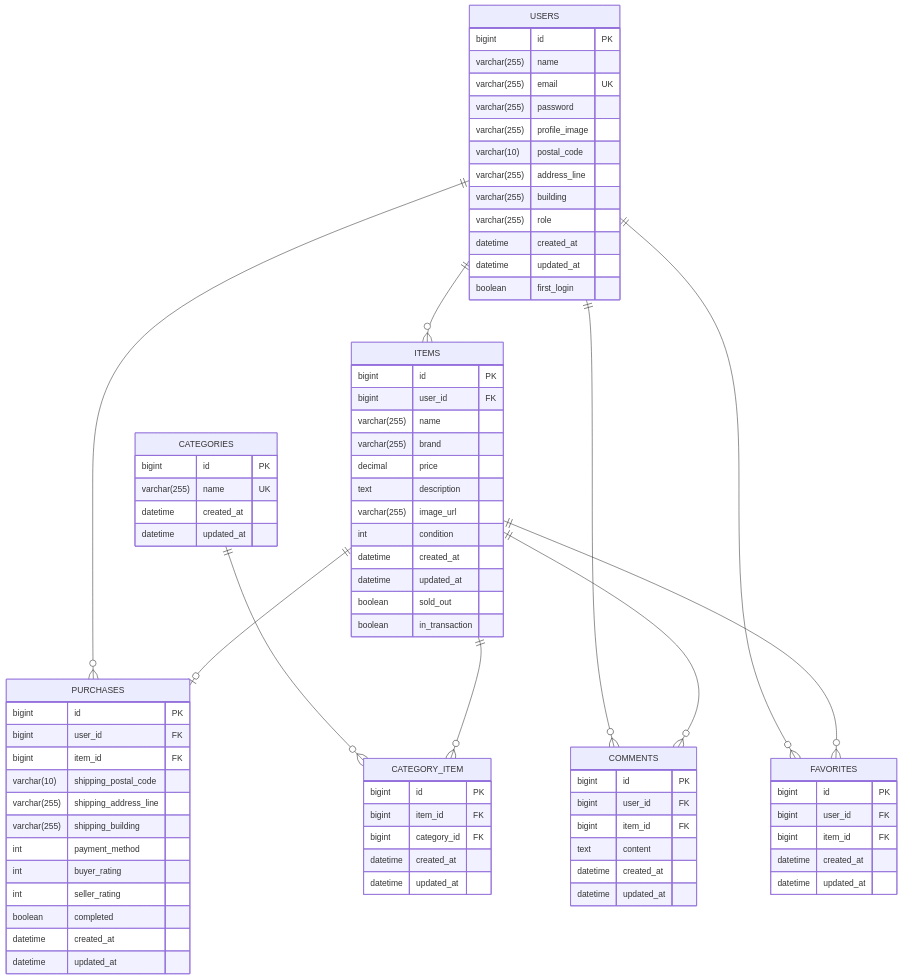
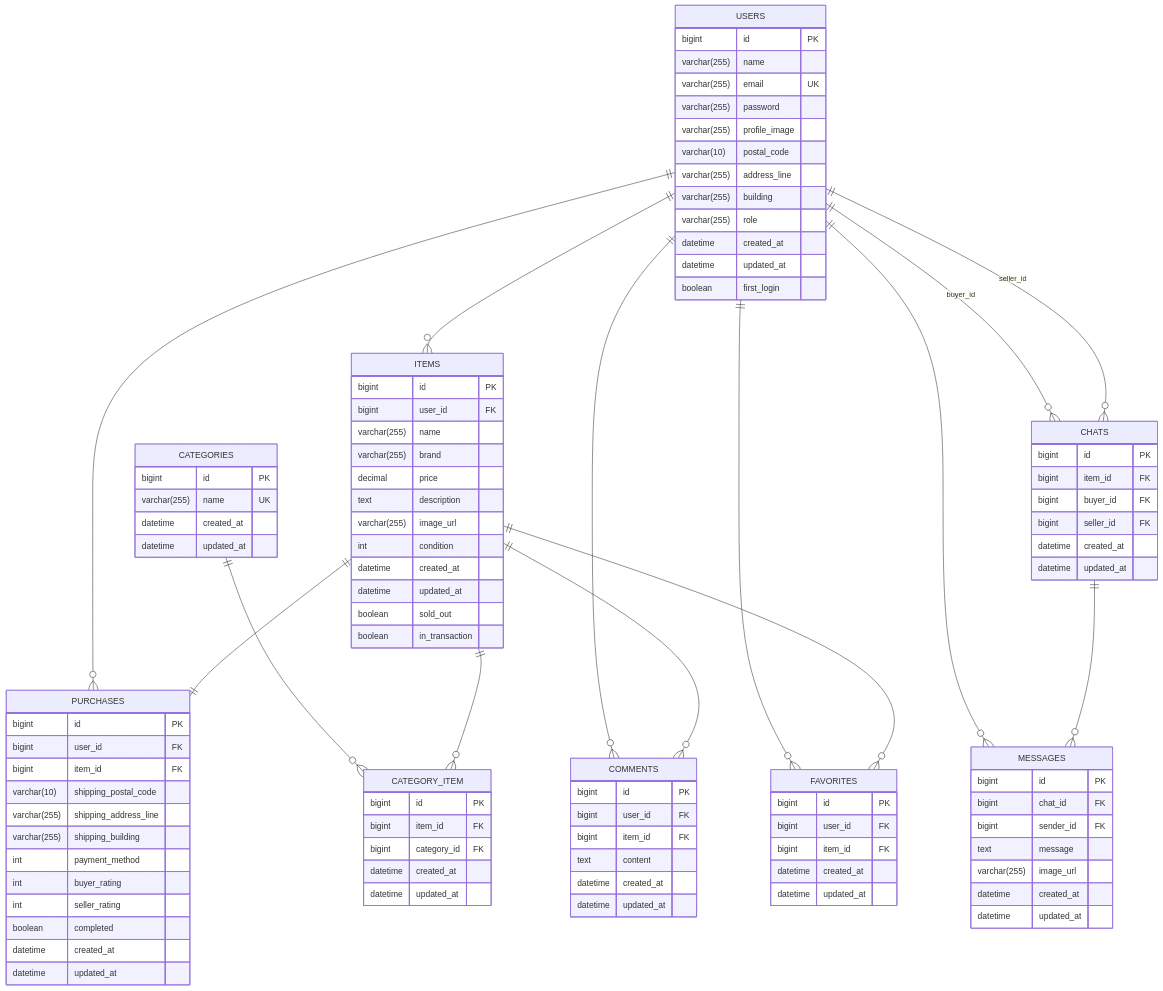
Before and after one commit to hiroyuki92/flea-market-app-pro-test: the diagram in README.md, drawn with Mermaid. The commit also changed other lines of this file, not shown here.

````diff
--- a/README.md
+++ b/README.md
@@ -203,16 +207,39 @@
         datetime updated_at 
     }
 
+　　CHATS {
+        bigint id PK  
+        bigint item_id FK
+        bigint buyer_id FK
+        bigint seller_id FK
+        datetime created_at 
+        datetime updated_at 
+    }
+
+    MESSAGES {
+        bigint id PK  
+        bigint chat_id FK
+        bigint sender_id FK
+        text message
+        varchar(255) image_url
+        datetime created_at 
+        datetime updated_at 
+    }
+
     %% リレーションシップの定義
     USERS ||--o{ PURCHASES : ""
     USERS ||--o{ ITEMS : ""
     USERS ||--o{ COMMENTS : ""
     USERS ||--o{ FAVORITES : ""
+    USERS ||--o{ MESSAGES : ""
+    USERS ||--o{ CHATS : "buyer_id"
+    USERS ||--o{ CHATS : "seller_id"
     CATEGORIES ||--o{ CATEGORY_ITEM : ""
     ITEMS ||--o{ CATEGORY_ITEM : ""
     ITEMS ||--o{ COMMENTS : ""
     ITEMS ||--o{ FAVORITES : ""
-    ITEMS ||--o| PURCHASES : ""
+    ITEMS ||--|| PURCHASES : ""
+    CHATS ||--o{ MESSAGES : ""
 
 
 ```
````
